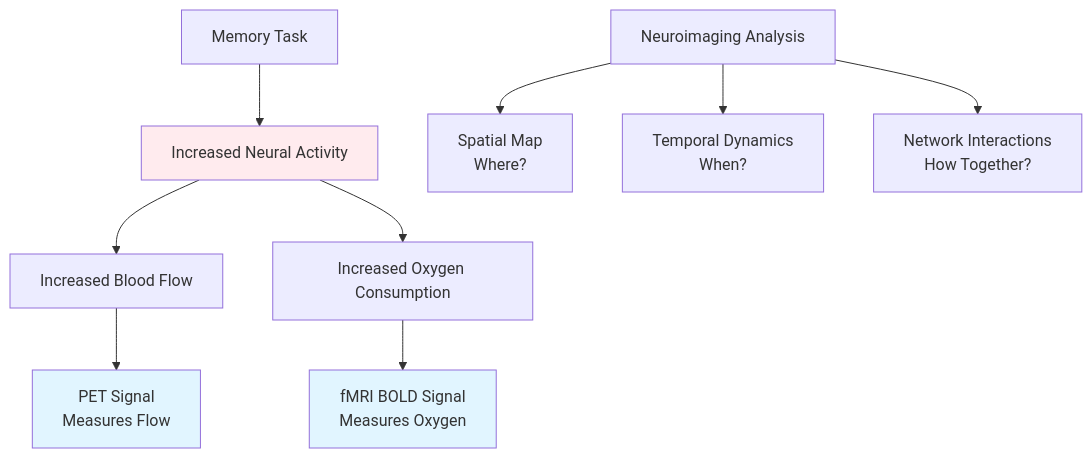
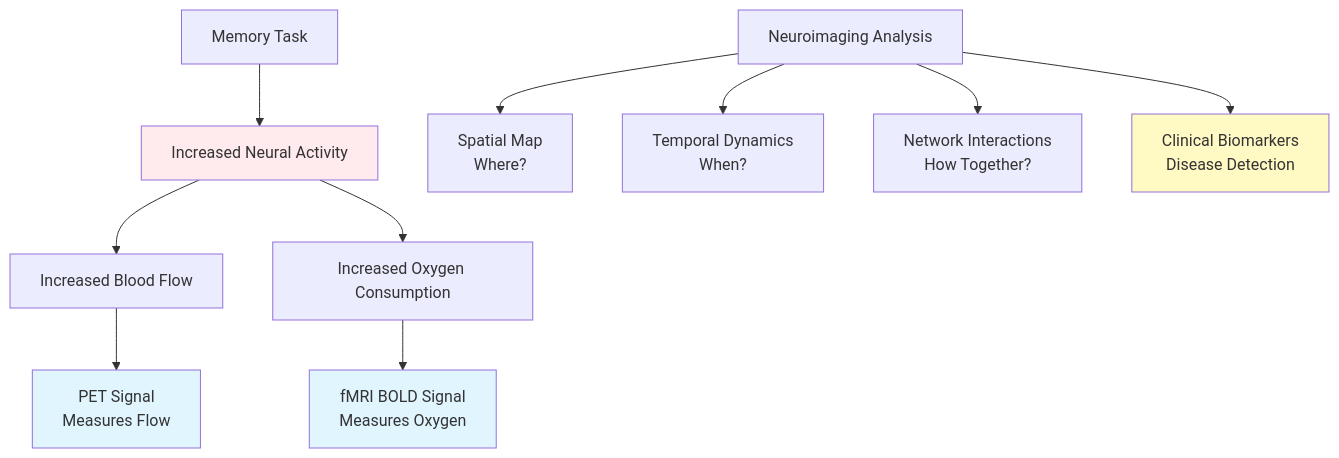
The first of 5 diagrams in docs/mpc-001/block-1/15-brain-imaging-memory-processes.mdx (mayank-shaan/MAPC-MD), drawn with Mermaid before and after one commit. The commit also changed other lines of this file and 7 other files, not shown here.

````diff
--- a/docs/mpc-001/block-1/15-brain-imaging-memory-processes.mdx
+++ b/docs/mpc-001/block-1/15-brain-imaging-memory-processes.mdx
@@ -61,16 +69,18 @@
 ```mermaid
 graph TD
     A[Memory Task] --> B[Increased Neural Activity]
     B --> C[Increased Blood Flow]
     B --> D[Increased Oxygen Consumption]
     C --> E[PET Signal<br/>Measures Flow]
     D --> F[fMRI BOLD Signal<br/>Measures Oxygen]
     
     G[Neuroimaging Analysis] --> H[Spatial Map<br/>Where?]
     G --> I[Temporal Dynamics<br/>When?]
     G --> J[Network Interactions<br/>How Together?]
+    G --> K[Clinical Biomarkers<br/>Disease Detection]
     
     style B fill:#ffebee
     style E fill:#e1f5ff
     style F fill:#e1f5ff
+    style K fill:#fff9c4
 ```
````
